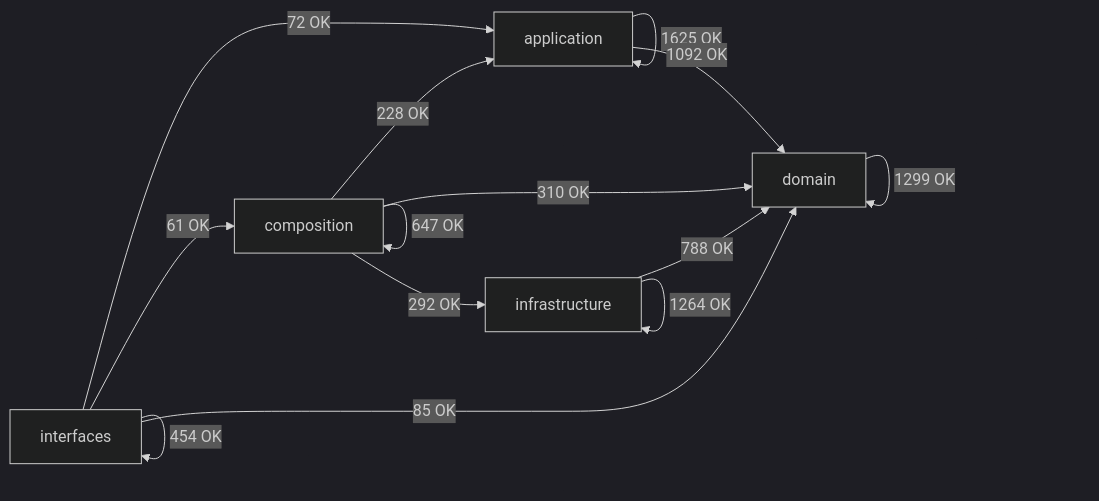
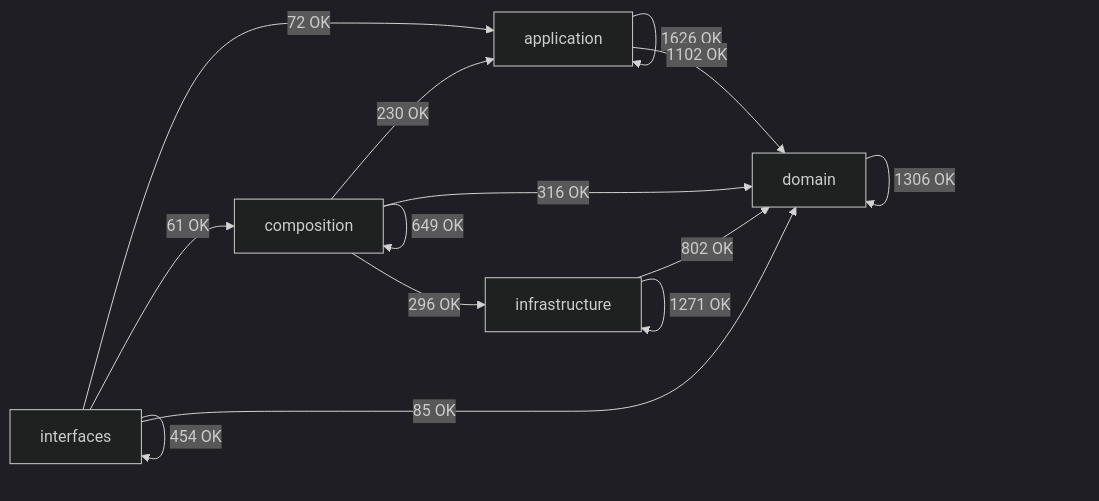
The diagram in docs/02-architecture/generated/module-dependency-map.md (SatoryKono/BioactivityDataAcquisition), drawn with Mermaid (dark theme) before and after one commit. The commit also changed other lines of this file and 281 other files, not shown here.

````diff
--- a/docs/02-architecture/generated/module-dependency-map.md
+++ b/docs/02-architecture/generated/module-dependency-map.md
@@ -17,21 +17,21 @@
 ```mermaid
 flowchart LR
     domain[domain]
     application[application]
     infrastructure[infrastructure]
     composition[composition]
     interfaces[interfaces]
-    application -->|1625 OK| application
-    application -->|1092 OK| domain
-    composition -->|228 OK| application
-    composition -->|647 OK| composition
-    composition -->|310 OK| domain
-    composition -->|292 OK| infrastructure
-    domain -->|1299 OK| domain
-    infrastructure -->|788 OK| domain
-    infrastructure -->|1264 OK| infrastructure
+    application -->|1626 OK| application
+    application -->|1102 OK| domain
+    composition -->|230 OK| application
+    composition -->|649 OK| composition
+    composition -->|316 OK| domain
+    composition -->|296 OK| infrastructure
+    domain -->|1306 OK| domain
+    infrastructure -->|802 OK| domain
+    infrastructure -->|1271 OK| infrastructure
     interfaces -->|72 OK| application
     interfaces -->|61 OK| composition
     interfaces -->|85 OK| domain
     interfaces -->|454 OK| interfaces
 ```
````
